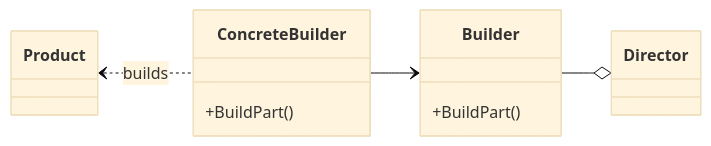
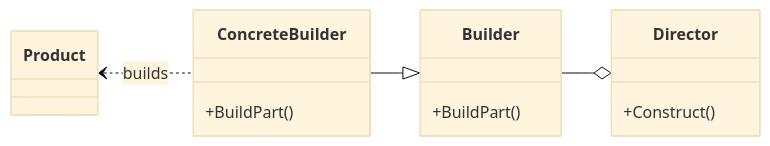
One commit to Samk13/design_patterns_mermaid changed the diagram in creational-patterns/builder.md. Above: the diagram before and after it, drawn with Mermaid (base theme). The commit also changed 10 other files, not shown here.

````diff
--- a/creational-patterns/builder.md
+++ b/creational-patterns/builder.md
@@ -5,19 +5,21 @@
 ```mermaid
 classDiagram
 direction LR
 
 Builder --o Director
- ConcreteBuilder --> Builder
+ ConcreteBuilder --|> Builder
 Product <.. ConcreteBuilder  : builds
 
   class Director {
++Construct()
+
   }
   class Builder{
     +BuildPart()
   }
 class ConcreteBuilder{
     +BuildPart()
   }
   class Product{
   }
 ```
````
